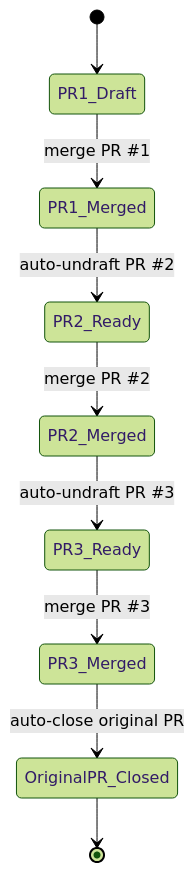
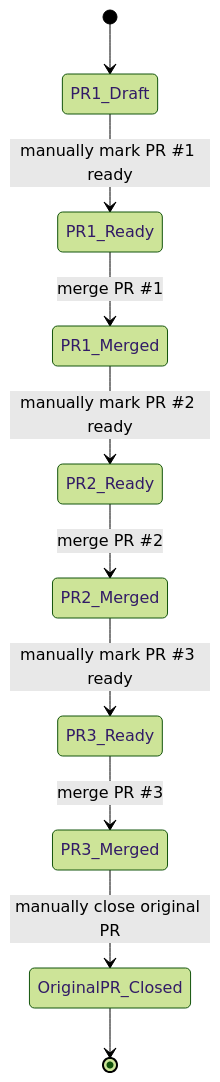
The second of 2 diagrams in README.md (kMJT000/prsplit), drawn with Mermaid (forest theme) before and after one commit. The commit also changed other lines of this file and 8 other files, not shown here.

````diff
--- a/README.md
+++ b/README.md
@@ -126,11 +127,12 @@
 ```mermaid
 stateDiagram-v2
   [*] --> PR1_Draft
-  PR1_Draft --> PR1_Merged: merge PR #1
-  PR1_Merged --> PR2_Ready: auto-undraft PR #2
+  PR1_Draft --> PR1_Ready: manually mark PR #1 ready
+  PR1_Ready --> PR1_Merged: merge PR #1
+  PR1_Merged --> PR2_Ready: manually mark PR #2 ready
   PR2_Ready --> PR2_Merged: merge PR #2
-  PR2_Merged --> PR3_Ready: auto-undraft PR #3
+  PR2_Merged --> PR3_Ready: manually mark PR #3 ready
   PR3_Ready --> PR3_Merged: merge PR #3
-  PR3_Merged --> OriginalPR_Closed: auto-close original PR
+  PR3_Merged --> OriginalPR_Closed: manually close original PR
   OriginalPR_Closed --> [*]
 ```
````
